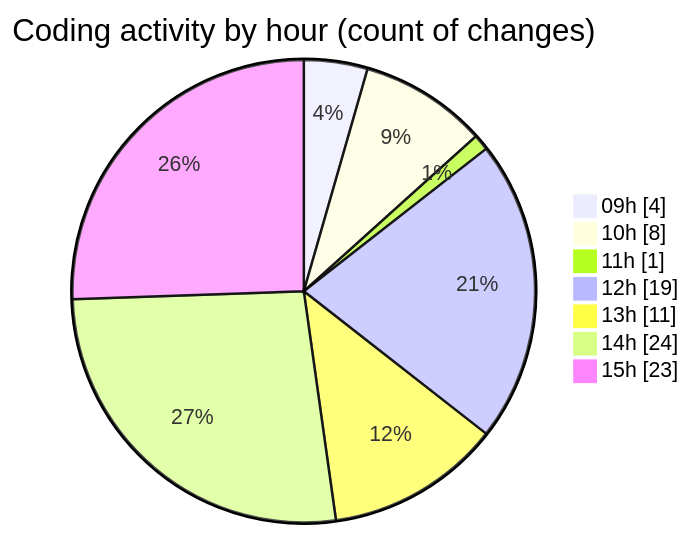
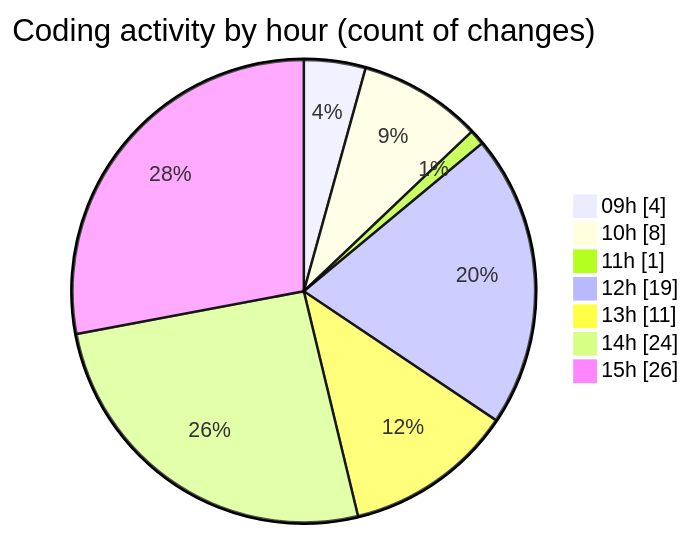
Before and after one commit to nxtqubesakshisongat/code-tracking: the second of 2 diagrams in 2026-02-18/nxtqube_webapp/README.md, drawn with Mermaid. The commit also changed other lines of this file and 1 other file, not shown here.

````diff
--- a/2026-02-18/nxtqube_webapp/README.md
+++ b/2026-02-18/nxtqube_webapp/README.md
@@ -37,11 +37,11 @@
 ```mermaid
 pie showData
 title Coding activity by hour (count of changes)
 "09h" : 4
 "10h" : 8
 "11h" : 1
 "12h" : 19
 "13h" : 11
 "14h" : 24
-"15h" : 23
+"15h" : 26
 ```
````
